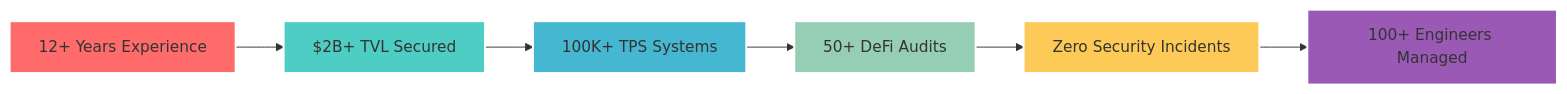
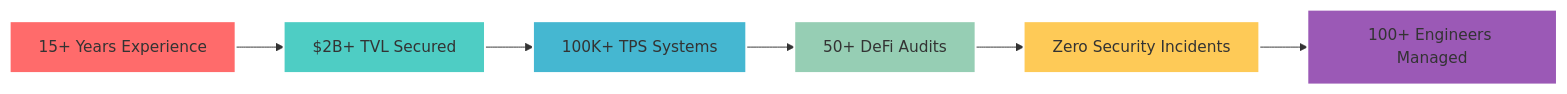
Before and after one commit to sakhanda/sakhanda: the diagram in README.md, drawn with Mermaid.

````diff
--- a/README.md
+++ b/README.md
@@ -120,15 +120,15 @@
 ```mermaid
 graph LR
-    A[12+ Years Experience] --> B[$2B+ TVL Secured]
+    A[15+ Years Experience] --> B[$2B+ TVL Secured]
     B --> C[100K+ TPS Systems]
     C --> D[50+ DeFi Audits]
     D --> E[Zero Security Incidents]
     E --> F[100+ Engineers Managed]
     
     style A fill:#FF6B6B,stroke:#fff,stroke-width:2px
     style B fill:#4ECDC4,stroke:#fff,stroke-width:2px
     style C fill:#45B7D1,stroke:#fff,stroke-width:2px
     style D fill:#96CEB4,stroke:#fff,stroke-width:2px
     style E fill:#FECA57,stroke:#fff,stroke-width:2px
     style F fill:#9B59B6,stroke:#fff,stroke-width:2px
 ```
````
